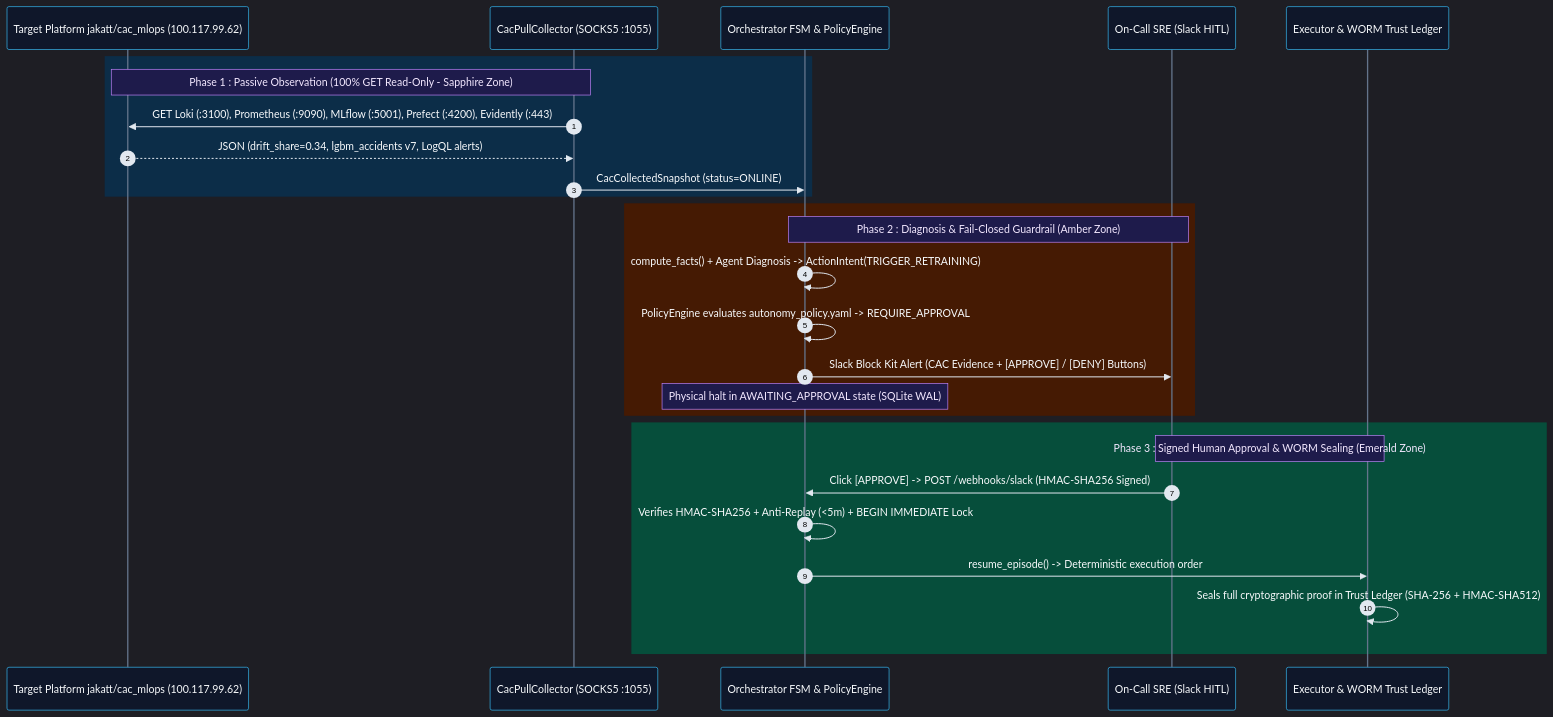
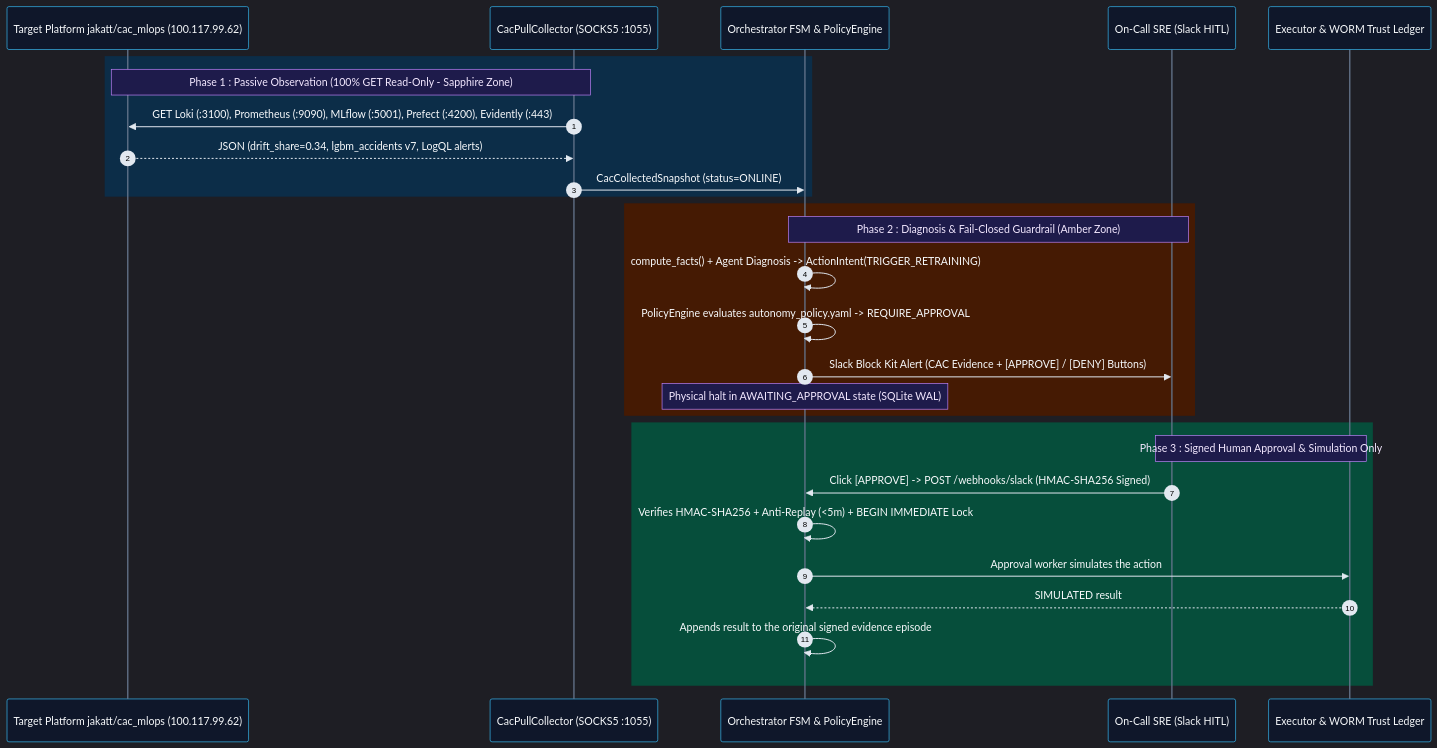
The first of 3 diagrams in README.md (nolll77/agentic-ops), drawn with Mermaid before and after one commit. The commit also changed other lines of this file and 30 other files, not shown here.

````diff
--- a/README.md
+++ b/README.md
@@ -384,33 +383,34 @@
 ```mermaid
 %%{init: {'theme': 'dark', 'themeVariables': {'actorBkg': '#0f172a', 'actorBorder': '#38bdf8', 'actorTextColor': '#f8fafc', 'actorLineColor': '#64748b', 'signalColor': '#e2e8f0', 'signalTextColor': '#f8fafc', 'noteBkgColor': '#1e1b4b', 'noteBorderColor': '#c084fc', 'noteTextColor': '#f3e8ff', 'activationBkgColor': '#334155', 'activationBorderColor': '#38bdf8'}}}%%
 sequenceDiagram
     autonumber
     participant CAC as Target Platform jakatt/cac_mlops (100.117.99.62)
     participant Pull as CacPullCollector (SOCKS5 :1055)
     participant FSM as Orchestrator FSM & PolicyEngine
     participant Slack as On-Call SRE (Slack HITL)
     participant Exec as Executor & WORM Trust Ledger
 
     rect rgb(12, 45, 72)
     Note over CAC, Pull: Phase 1 : Passive Observation (100% GET Read-Only - Sapphire Zone)
     Pull->>CAC: GET Loki (:3100), Prometheus (:9090), MLflow (:5001), Prefect (:4200), Evidently (:443)
     CAC-->>Pull: JSON (drift_share=0.34, lgbm_accidents v7, LogQL alerts)
     Pull->>FSM: CacCollectedSnapshot (status=ONLINE)
     end
 
     rect rgb(69, 26, 3)
     Note over FSM, Slack: Phase 2 : Diagnosis & Fail-Closed Guardrail (Amber Zone)
     FSM->>FSM: compute_facts() + Agent Diagnosis -> ActionIntent(TRIGGER_RETRAINING)
     FSM->>FSM: PolicyEngine evaluates autonomy_policy.yaml -> REQUIRE_APPROVAL
     FSM->>Slack: Slack Block Kit Alert (CAC Evidence + [APPROVE] / [DENY] Buttons)
     Note over FSM: Physical halt in AWAITING_APPROVAL state (SQLite WAL)
     end
 
     rect rgb(6, 78, 59)
-    Note over Slack, Exec: Phase 3 : Signed Human Approval & WORM Sealing (Emerald Zone)
+    Note over Slack, Exec: Phase 3 : Signed Human Approval & Simulation Only
     Slack->>FSM: Click [APPROVE] -> POST /webhooks/slack (HMAC-SHA256 Signed)
     FSM->>FSM: Verifies HMAC-SHA256 + Anti-Replay (<5m) + BEGIN IMMEDIATE Lock
-    FSM->>Exec: resume_episode() -> Deterministic execution order
-    Exec->>Exec: Seals full cryptographic proof in Trust Ledger (SHA-256 + HMAC-SHA512)
+    FSM->>Exec: Approval worker simulates the action
+    Exec-->>FSM: SIMULATED result
+    FSM->>FSM: Appends result to the original signed evidence episode
     end
 ```
````
